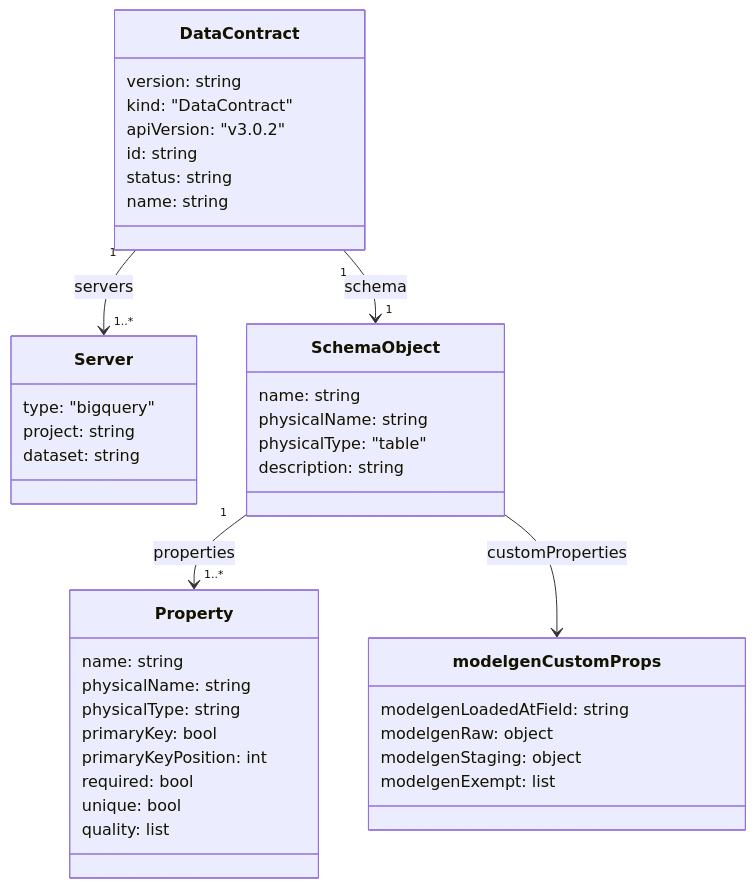
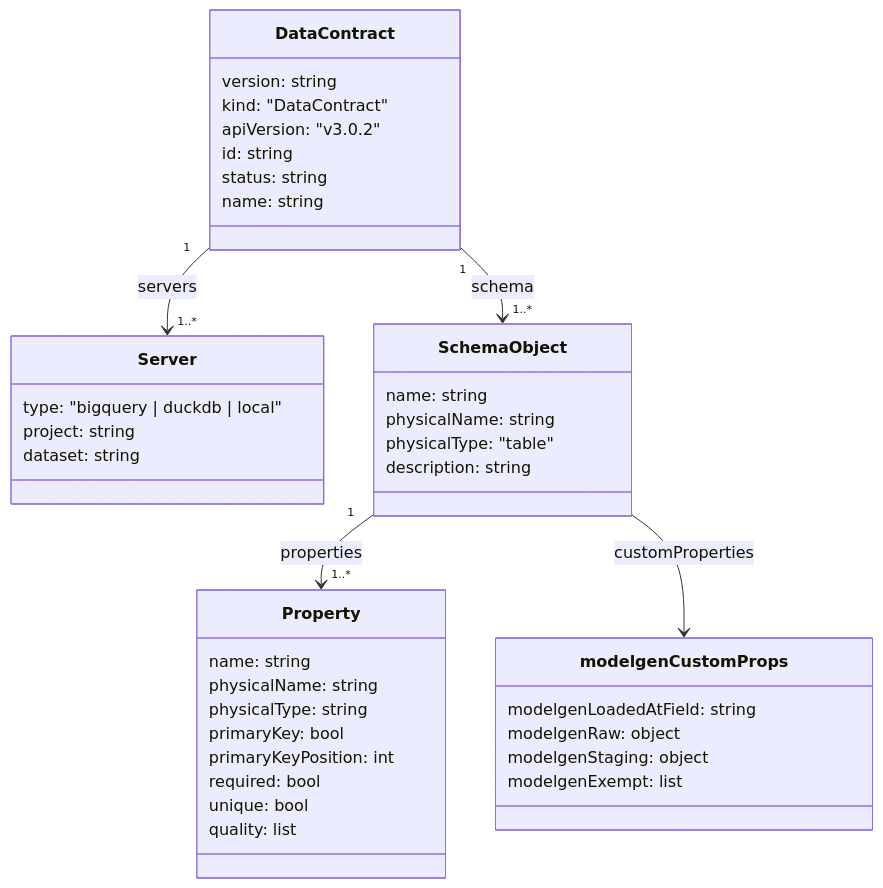
Before and after one commit to wraith-proxy/wraith-modelgen: the diagram in docs/reference.md, drawn with Mermaid. The commit also changed other lines of this file and 4 other files, not shown here.

Commit message:
:memo: feature/TJP-14115: docs sync, schema and sources modes, dialects, config keys, tests-output, lint codes

````diff
--- a/docs/reference.md
+++ b/docs/reference.md
@@ -7,43 +7,43 @@
 ```mermaid
 classDiagram
     class DataContract {
         version: string
         kind: "DataContract"
         apiVersion: "v3.0.2"
         id: string
         status: string
         name: string
     }
     class Server {
-        type: "bigquery"
+        type: "bigquery | duckdb | local"
         project: string
         dataset: string
     }
     class SchemaObject {
         name: string
         physicalName: string
         physicalType: "table"
         description: string
     }
     class Property {
         name: string
         physicalName: string
         physicalType: string
         primaryKey: bool
         primaryKeyPosition: int
         required: bool
         unique: bool
         quality: list
     }
     class modelgenCustomProps {
         modelgenLoadedAtField: string
         modelgenRaw: object
         modelgenStaging: object
         modelgenExempt: list
     }
 
     DataContract "1" --> "1..*" Server : servers
-    DataContract "1" --> "1" SchemaObject : schema
+    DataContract "1" --> "1..*" SchemaObject : schema
     SchemaObject "1" --> "1..*" Property : properties
     SchemaObject --> modelgenCustomProps : customProperties
 ```
````
